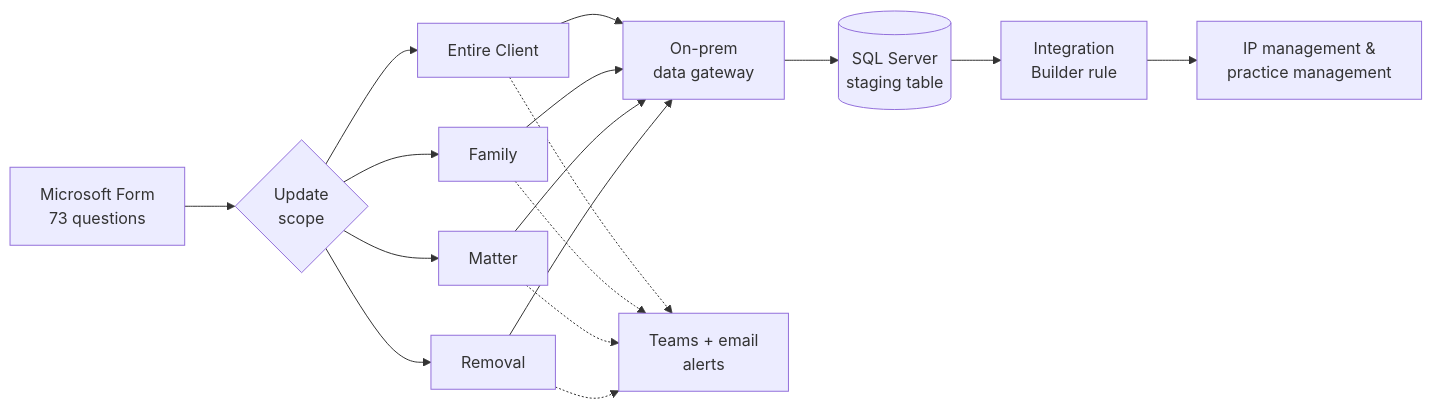
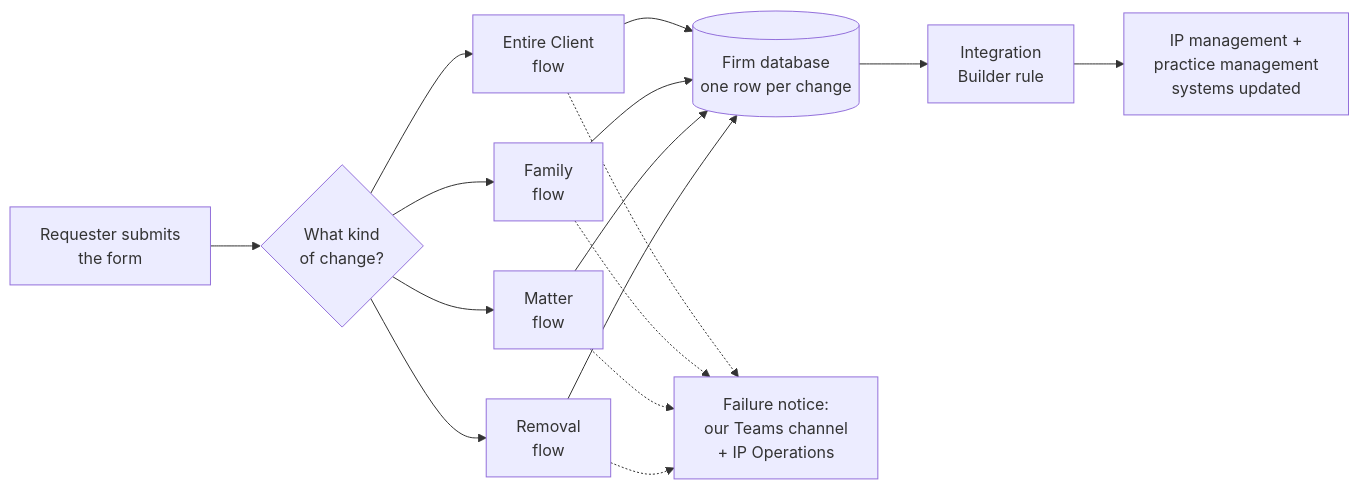
One commit to AI-Jess/Career-Portfolio changed the first of 2 diagrams in content/case-studies/ip-staffing-updates.md. Above: the diagram before and after it, drawn with Mermaid. The commit also changed other lines of this file and 5 other files, not shown here.

````diff
--- a/content/case-studies/ip-staffing-updates.md
+++ b/content/case-studies/ip-staffing-updates.md
@@ -52,13 +66,12 @@
 ```mermaid
 flowchart LR
-    F[Microsoft Form<br/>73 questions] --> R{Update<br/>scope}
-    R --> P1[Entire Client]
-    R --> P2[Family]
-    R --> P3[Matter]
-    R --> P4[Removal]
-    P1 & P2 & P3 & P4 --> GW[On-prem<br/>data gateway]
-    GW --> DB[(SQL Server<br/>staging table)]
-    DB --> IB[Integration<br/>Builder rule]
-    IB --> SYS[IP management &<br/>practice management]
-    P1 & P2 & P3 & P4 -.-> A[Teams + email<br/>alerts]
+    F["Requester submits<br/>the form"] --> R{"What kind<br/>of change?"}
+    R --> P1["Entire Client<br/>flow"]
+    R --> P2["Family<br/>flow"]
+    R --> P3["Matter<br/>flow"]
+    R --> P4["Removal<br/>flow"]
+    P1 & P2 & P3 & P4 --> DB[("Firm database<br/>one row per change")]
+    DB --> IB["Integration<br/>Builder rule"]
+    IB --> SYS["IP management +<br/>practice management<br/>systems updated"]
+    P1 & P2 & P3 & P4 -.-> A["Failure notice:<br/>our Teams channel<br/>+ IP Operations"]
 ```
````
